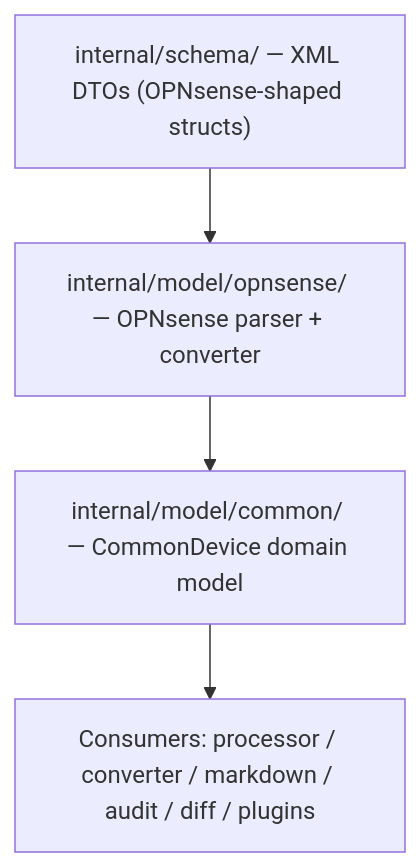
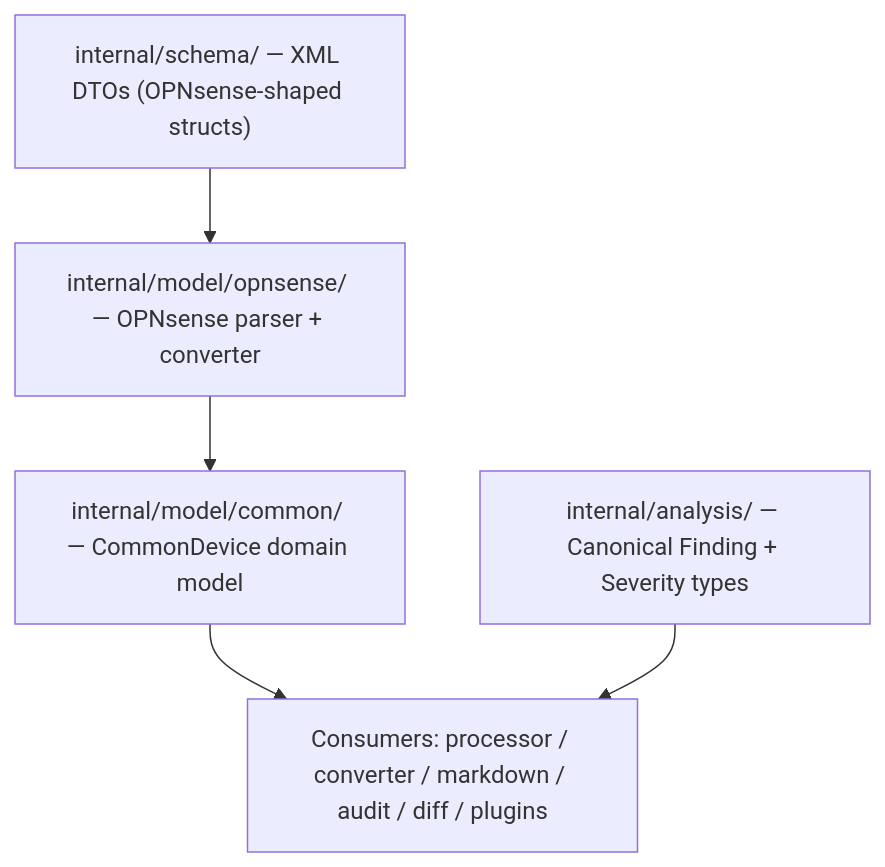
The second of 11 diagrams in docs/development/architecture.md (EvilBit-Labs/opnDossier), drawn with Mermaid before and after one commit. The commit also changed other lines of this file and 2 other files, not shown here.

Commit message:
docs: add plugin development guide and update API/architecture docs

````diff
--- a/docs/development/architecture.md
+++ b/docs/development/architecture.md
@@ -160,11 +167,13 @@
 ```mermaid
 graph TD
     A["internal/schema/ — XML DTOs (OPNsense-shaped structs)"]
     B["internal/model/opnsense/ — OPNsense parser + converter"]
     C["internal/model/common/ — CommonDevice domain model"]
-    D["Consumers: processor / converter / markdown / audit / diff / plugins"]
+    D["internal/analysis/ — Canonical Finding + Severity types"]
+    E["Consumers: processor / converter / markdown / audit / diff / plugins"]
 
     A --> B
     B --> C
-    C --> D
+    C --> E
+    D --> E
 ```
````
